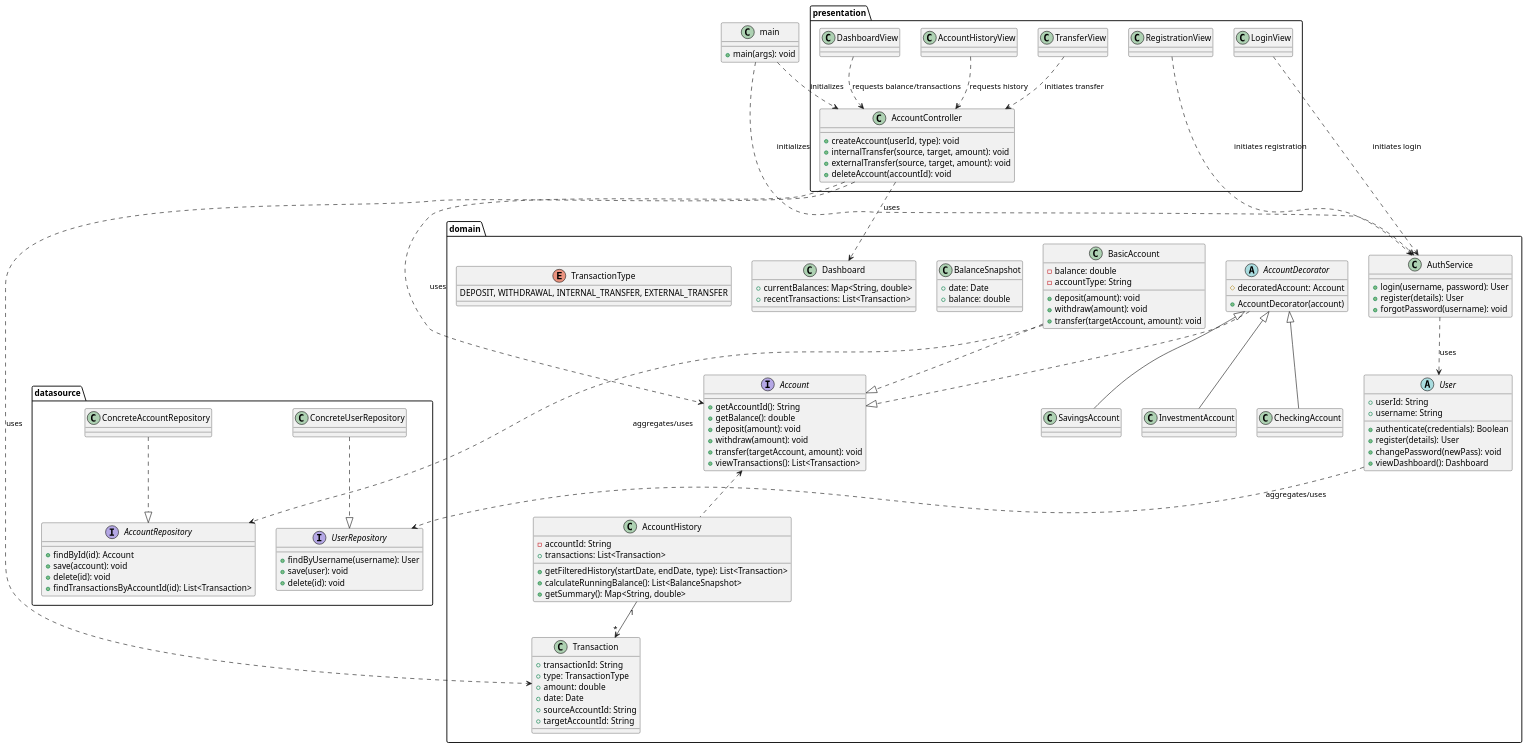
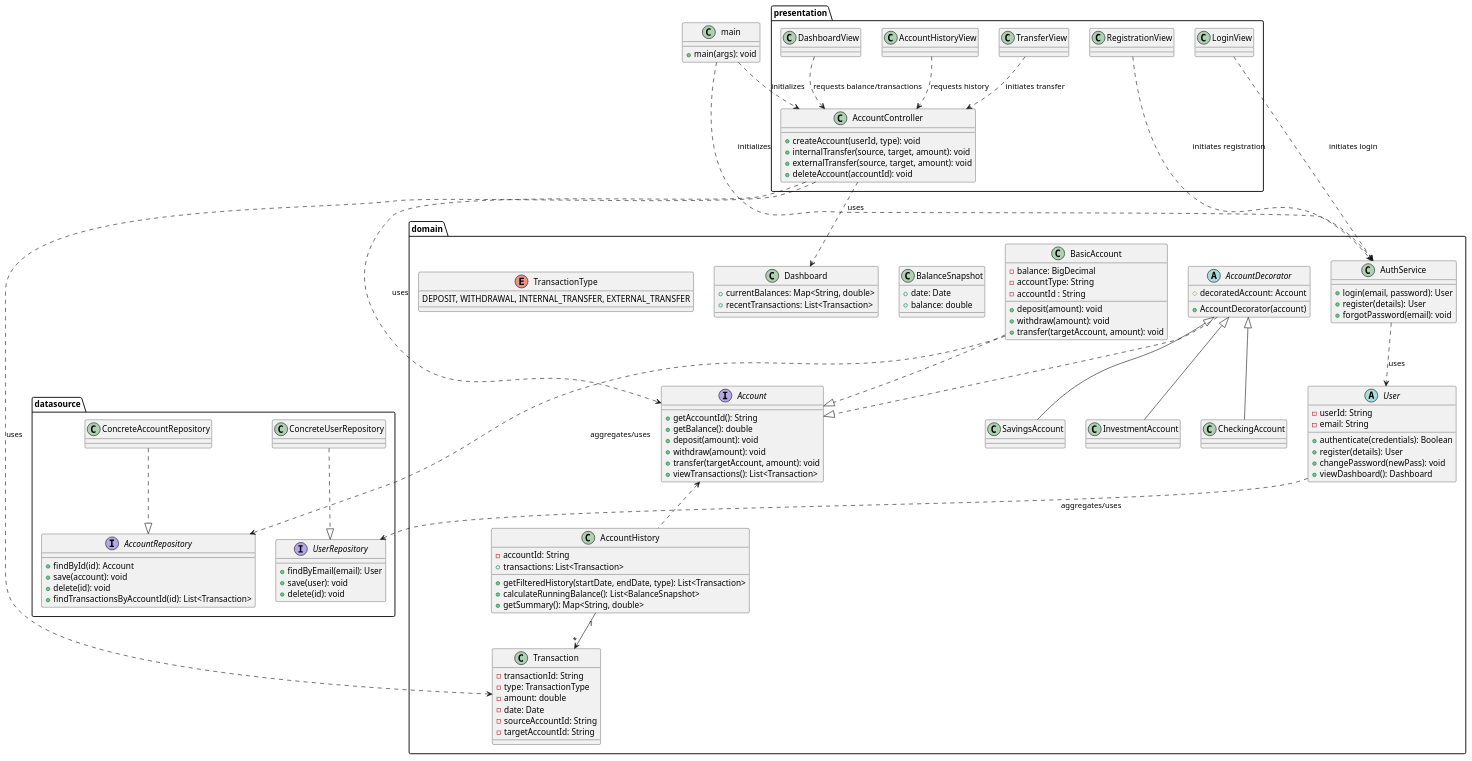
One commit to nu-cs-sw-design/project-20252601-yiji-s-winions changed the diagram in docs/design/design.puml. Above: the diagram before and after it, drawn with PlantUML. The commit also changed 2 other files, not shown here.

Commit message:
minor changes to diagram

```diff
--- a/docs/design/design.puml
+++ b/docs/design/design.puml
@@ -1,169 +1,170 @@
 @startuml
 
 package presentation {
 
 
     class AccountController {
         ' Handles calls related to accounts
         + createAccount(userId, type): void
         + internalTransfer(source, target, amount): void
         + externalTransfer(source, target, amount): void
         + deleteAccount(accountId): void
     }
 
     ' New View Classes
     class LoginView
     class RegistrationView
     class DashboardView
     class TransferView
     class AccountHistoryView
 
     ' Relationships: Views interact with the controllers/services
 
     DashboardView ..> AccountController : requests balance/transactions
     TransferView ..> AccountController : initiates transfer
     AccountHistoryView ..> AccountController : requests history
 }
 
 package domain {
 
     class AuthService {
-        + login(username, password): User
+        + login(email, password): User
         + register(details): User
-        + forgotPassword(username): void
+        + forgotPassword(email): void
     }
 
     abstract class User {
-        + userId: String
-        + username: String
+        - userId: String
+        - email: String
         + authenticate(credentials): Boolean
         + register(details): User
         + changePassword(newPass): void
         + viewDashboard(): Dashboard
     }
 
     interface Account {
         + getAccountId(): String
         + getBalance(): double
         + deposit(amount): void
         + withdraw(amount): void
         + transfer(targetAccount, amount): void
         + viewTransactions(): List<Transaction>
     }
 
     class Transaction {
-        + transactionId: String
-        + type: TransactionType
-        + amount: double
-        + date: Date
-        + sourceAccountId: String
-        + targetAccountId: String
+        - transactionId: String
+        - type: TransactionType
+        - amount: double
+        - date: Date
+        - sourceAccountId: String
+        - targetAccountId: String
     }
 
     ' Account Hierarchy (Decorator Pattern for flexibility and future extensions)
     abstract class AccountDecorator {
         # decoratedAccount: Account
         + AccountDecorator(account)
     }
 
     class BasicAccount {
-        - balance: double
+        - balance: BigDecimal
         - accountType: String
+        - accountId : String
         + deposit(amount): void
         + withdraw(amount): void
         + transfer(targetAccount, amount): void
     }
     class CheckingAccount {
         ' Adds checking-specific features, e.g., overdraft limits
     }
 
     class SavingsAccount {
         ' Adds savings-specific features, e.g., interest calculation
     }
 
     class InvestmentAccount {
         ' Adds investment-specific features, e.g., mock portfolio data
     }
 
     class AccountHistory {
         - accountId: String
         + transactions: List<Transaction>
         + getFilteredHistory(startDate, endDate, type): List<Transaction>
         + calculateRunningBalance(): List<BalanceSnapshot>
         + getSummary(): Map<String, double>
     }
 
     class BalanceSnapshot {
         + date: Date
         + balance: double
     }
 
     class Dashboard {
         + currentBalances: Map<String, double>
         + recentTransactions: List<Transaction>
     }
     enum TransactionType {
         DEPOSIT, WITHDRAWAL, INTERNAL_TRANSFER, EXTERNAL_TRANSFER
     }
 
     BasicAccount ..|> Account
     AccountDecorator ..|> Account
 
     ' Relationship: Account contains/uses its history logic
     Account <.. AccountHistory
 
     AccountHistory "1" --> "*" Transaction
 
 }
 
 package datasource {
     interface AccountRepository {
         + findById(id): Account
         + save(account): void
         + delete(id): void
         + findTransactionsByAccountId(id): List<Transaction>
     }
 
     interface UserRepository {
-        + findByUsername(username): User
+        + findByEmail(email): User
         + save(user): void
         + delete(id): void
     }
 
     class ConcreteAccountRepository {
         ' Uses a specific database technology (e.g., SQL, Firebase)
     }
 
     class ConcreteUserRepository {
         ' Handles user login and registration persistence (e.g., AWS Cognito, Firebase Auth)
     }
 
     ConcreteUserRepository ..|> UserRepository
     ConcreteAccountRepository ..|> AccountRepository
 }
 
 class main {
     + main(args): void
 }
 
 ' Presentation depends on Domain (Uses its Models and Services)
 AuthService ..> User : uses
 AccountController ..> Account : uses
 AccountController ..> Transaction : uses
 AccountController ..> Dashboard : uses
 
 LoginView ..> AuthService : initiates login
 RegistrationView ..> AuthService : initiates registration
 
 ' Domain depends on Datasource (Uses Repositories to persist data)
 User ..> UserRepository : aggregates/uses
 BasicAccount ..> AccountRepository : aggregates/uses
 AccountDecorator <|-- CheckingAccount
 AccountDecorator <|-- SavingsAccount
 AccountDecorator <|-- InvestmentAccount
 
 ' Main initializes the system
 main ..> AuthService : initializes
 main ..> AccountController : initializes
 
 @enduml
```
